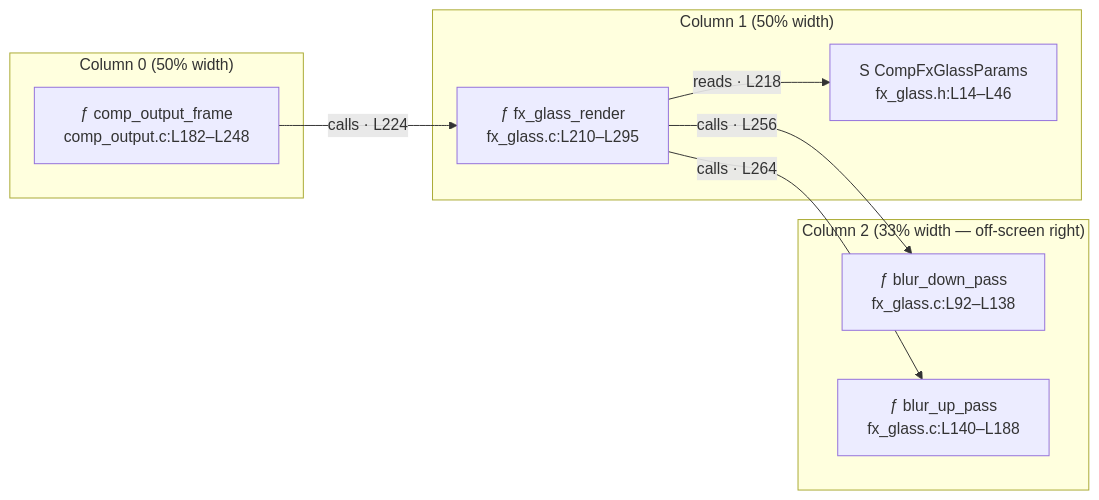
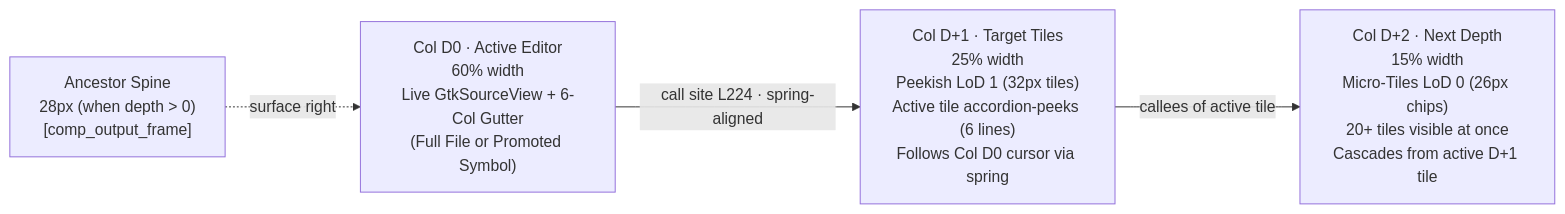
Before and after one commit to mikolas/Kajo: the diagram in docs/spec_ide_code_strip.md, drawn with Mermaid. The commit also changed other lines of this file and 2 other files, not shown here.

Commit message:
docs(ide): revise Code Strip v2 to 60/25/15 call-depth columns, peekish magnetic follow & workspace-only tiles

````diff
--- a/docs/spec_ide_code_strip.md
+++ b/docs/spec_ide_code_strip.md
@@ -53,18 +43,10 @@
 ```mermaid
 flowchart LR
-  subgraph C0["Column 0 (50% width)"]
-    A["ƒ comp_output_frame\ncomp_output.c:L182–L248"]
-  end
-  subgraph C1["Column 1 (50% width)"]
-    B1["S CompFxGlassParams\nfx_glass.h:L14–L46"]
-    B2["ƒ fx_glass_render\nfx_glass.c:L210–L295"]
-  end
-  subgraph C2["Column 2 (33% width — off-screen right)"]
-    D1["ƒ blur_down_pass\nfx_glass.c:L92–L138"]
-    D2["ƒ blur_up_pass\nfx_glass.c:L140–L188"]
-  end
-  A -->|"calls · L224"| B2
-  B2 -->|"reads · L218"| B1
-  B2 -->|"calls · L256"| D1
-  B2 -->|"calls · L264"| D2
+  SP["Ancestor Spine\n28px (when depth > 0)\n[comp_output_frame]"]
+  D0["Col D0 · Active Editor\n60% width\nLive GtkSourceView + 6-Col Gutter\n(Full File or Promoted Symbol)"]
+  D1["Col D+1 · Target Tiles\n25% width\nPeekish LoD 1 (32px tiles)\nActive tile accordion-peeks (6 lines)\nFollows Col D0 cursor via spring"]
+  D2["Col D+2 · Next Depth\n15% width\nMicro-Tiles LoD 0 (26px chips)\n20+ tiles visible at once\nCascades from active D+1 tile"]
+  SP -.->|"surface right"| D0
+  D0 -->|"call site L224 · spring-aligned"| D1
+  D1 -->|"callees of active tile"| D2
 ```
````
